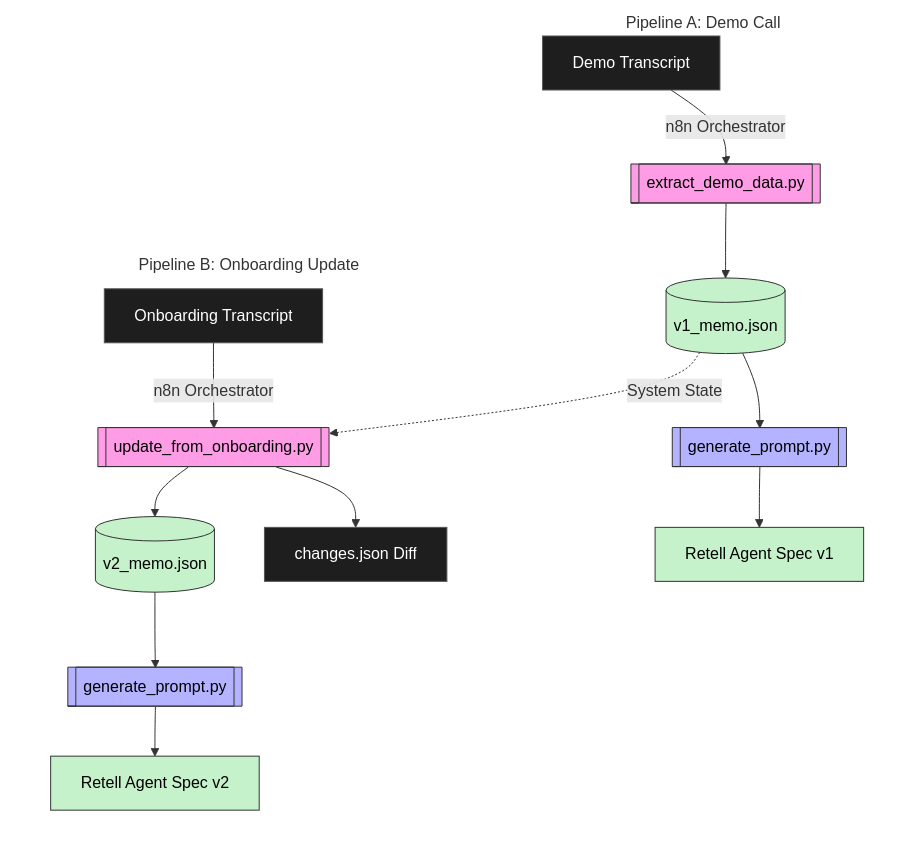
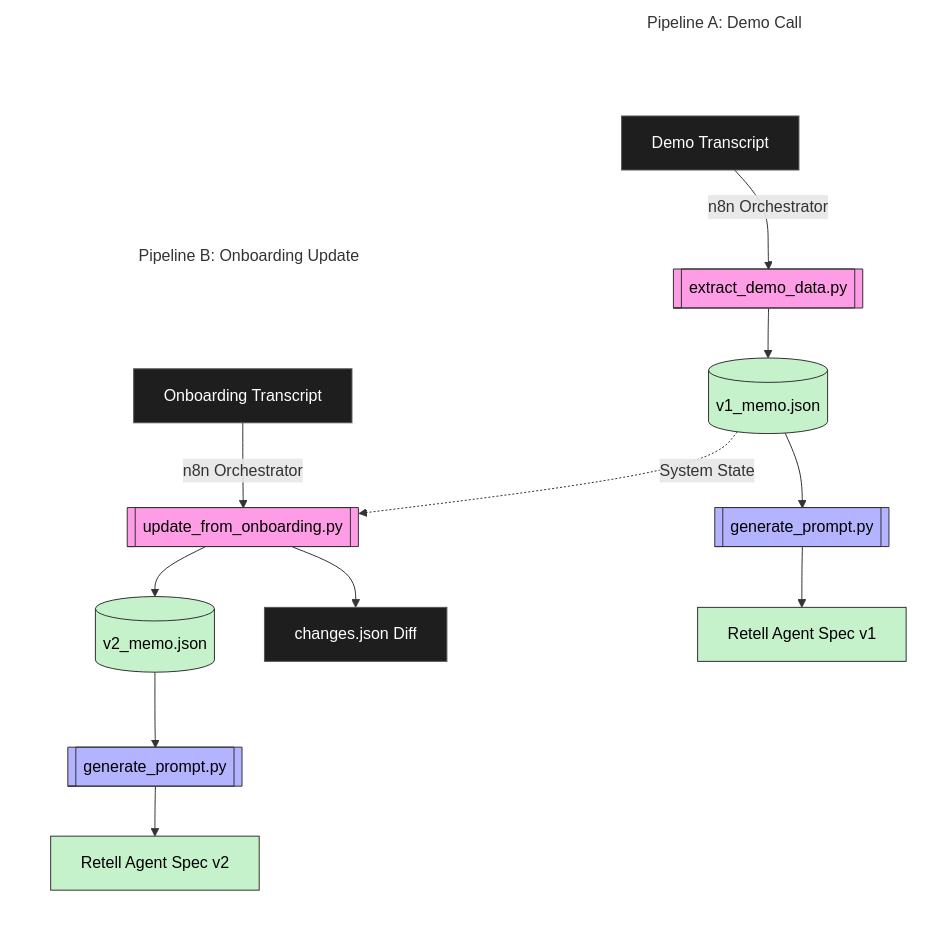
The diagram in README.md (Soumik-R/clara-agent-pipeline), drawn with Mermaid before and after one commit.

````diff
--- a/README.md
+++ b/README.md
@@ -37,36 +37,40 @@
 ```mermaid
 graph TD
     %% Custom Styles inspired by user screenshot
     classDef darkNode fill:#1E1E1E,stroke:#555,stroke-width:1px,color:#fff;
     classDef scriptPink fill:#ff9ce6,stroke:#333,stroke-width:1px,color:#000;
     classDef scriptBlue fill:#b3b3ff,stroke:#333,stroke-width:1px,color:#000;
     classDef dataGreen fill:#c6f2cb,stroke:#333,stroke-width:1px,color:#000;
+    classDef invis fill:transparent,stroke:transparent,color:transparent;
 
     %% Demo Phase Subgraph
     subgraph DemoPhase ["Pipeline A: Demo Call"]
-        A[Demo Transcript]:::darkNode -->|n8n Orchestrator| B[[extract_demo_data.py]]:::scriptPink
+        Spacer1[ ]:::invis ~~~ A[Demo Transcript]:::darkNode
+        A -->|n8n Orchestrator| B[[extract_demo_data.py]]:::scriptPink
         B --> C[(v1_memo.json)]:::dataGreen
         C --> D[[generate_prompt.py]]:::scriptBlue
         D --> E[Retell Agent Spec v1]:::dataGreen
     end
 
     %% Onboarding Phase Subgraph
     subgraph OnboardingPhase ["Pipeline B: Onboarding Update"]
-        F[Onboarding Transcript]:::darkNode -->|n8n Orchestrator| G[[update_from_onboarding.py]]:::scriptPink
+        Spacer2[ ]:::invis ~~~ F[Onboarding Transcript]:::darkNode
+        F -->|n8n Orchestrator| G[[update_from_onboarding.py]]:::scriptPink
         G --> H[(v2_memo.json)]:::dataGreen
         G --> I[changes.json Diff]:::darkNode
         H --> J[[generate_prompt.py]]:::scriptBlue
         J --> K[Retell Agent Spec v2]:::dataGreen
     end
     
     %% Force side-by-side layout naturally
     DemoPhase ~~~ OnboardingPhase
+    Spacer1 ~~~ Spacer2
     A ~~~ F
     
     %% Cross-pipeline state connection
     C -. "System State" .-> G
     
     %% Make Subgraph Backgrounds Transparent
-    style DemoPhase fill:transparent,stroke:none;
-    style OnboardingPhase fill:transparent,stroke:none;
+    style DemoPhase fill:transparent,stroke:transparent;
+    style OnboardingPhase fill:transparent,stroke:transparent;
 ```
````
